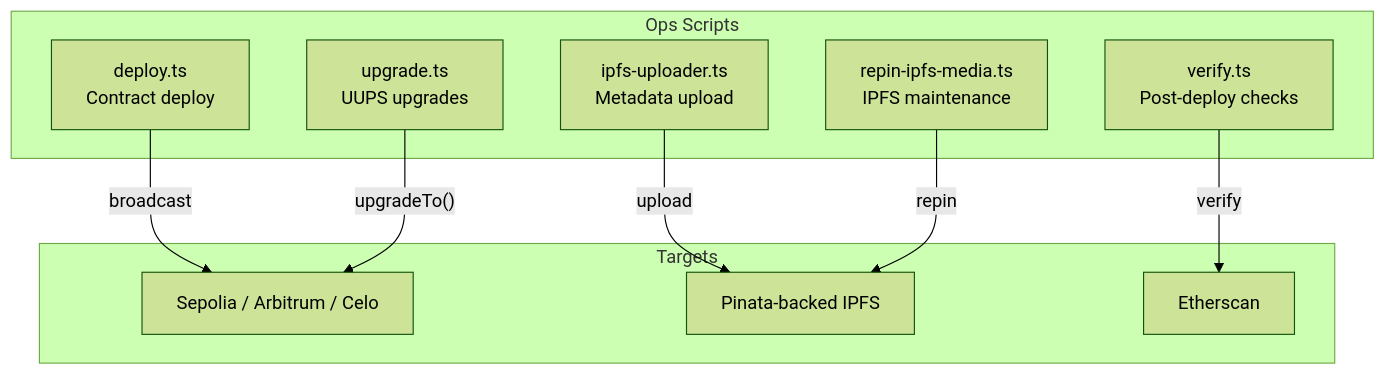
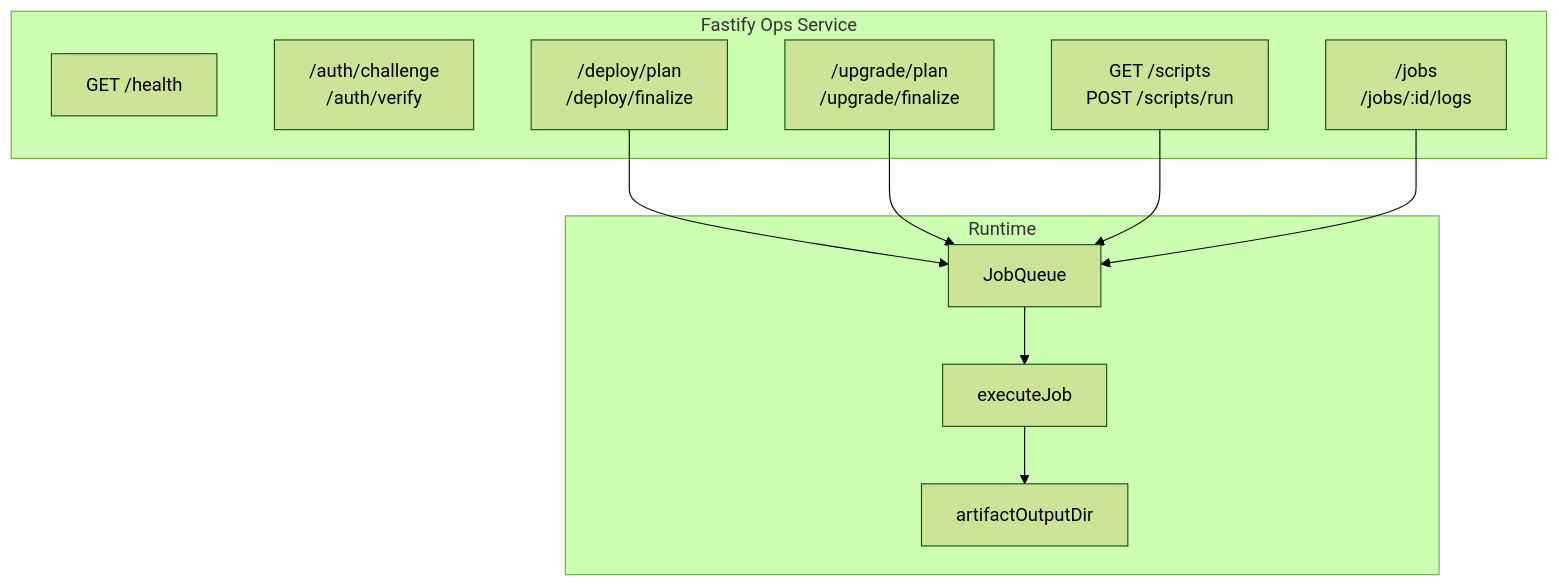
One commit to greenpill-dev-guild/green-goods changed the diagram in docs/docs/builders/packages/ops.mdx. Above: the diagram before and after it, drawn with Mermaid (forest theme). The commit also changed other lines of this file and 74 other files, not shown here.

````diff
--- a/docs/docs/builders/packages/ops.mdx
+++ b/docs/docs/builders/packages/ops.mdx
@@ -13,22 +22,24 @@
 ```mermaid
 graph TB
-    subgraph Scripts["Ops Scripts"]
-        D["deploy.ts\nContract deploy"]
-        U["upgrade.ts\nUUPS upgrades"]
-        V["verify.ts\nPost-deploy checks"]
-        I["ipfs-uploader.ts\nMetadata upload"]
-        R["repin-ipfs-media.ts\nIPFS maintenance"]
+    subgraph Ops["Fastify Ops Service"]
+        Health["GET /health"]
+        Auth["/auth/challenge\n/auth/verify"]
+        Scripts["GET /scripts\nPOST /scripts/run"]
+        Deploy["/deploy/plan\n/deploy/finalize"]
+        Upgrade["/upgrade/plan\n/upgrade/finalize"]
+        Jobs["/jobs\n/jobs/:id/logs"]
     end
 
-    subgraph Targets
-        Chains["Sepolia / Arbitrum / Celo"]
-        IPFS["Pinata-backed IPFS"]
-        ES["Etherscan"]
+    subgraph Runtime
+        Queue["JobQueue"]
+        Executor["executeJob"]
+        Artifacts["artifactOutputDir"]
     end
 
-    D -->|broadcast| Chains
-    U -->|"upgradeTo()"| Chains
-    V -->|verify| ES
-    I -->|upload| IPFS
-    R -->|repin| IPFS
+    Deploy --> Queue
+    Upgrade --> Queue
+    Scripts --> Queue
+    Queue --> Executor
+    Executor --> Artifacts
+    Jobs --> Queue
 ```
````
